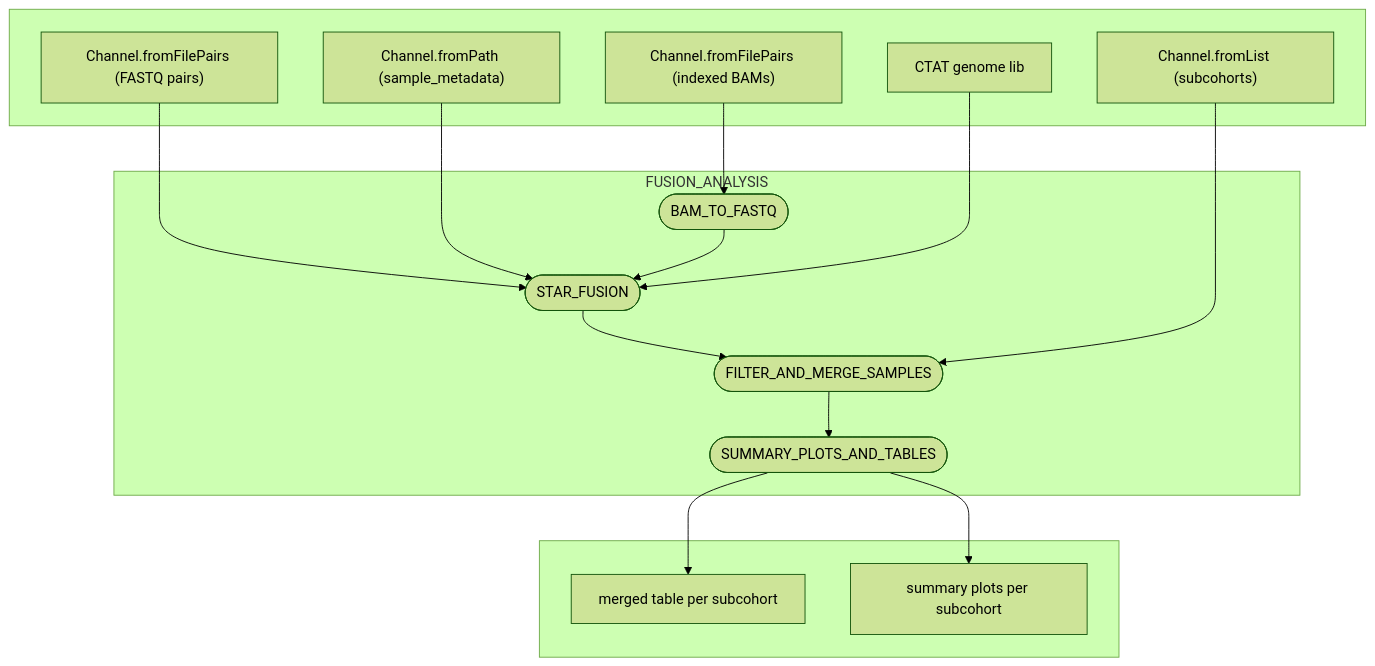
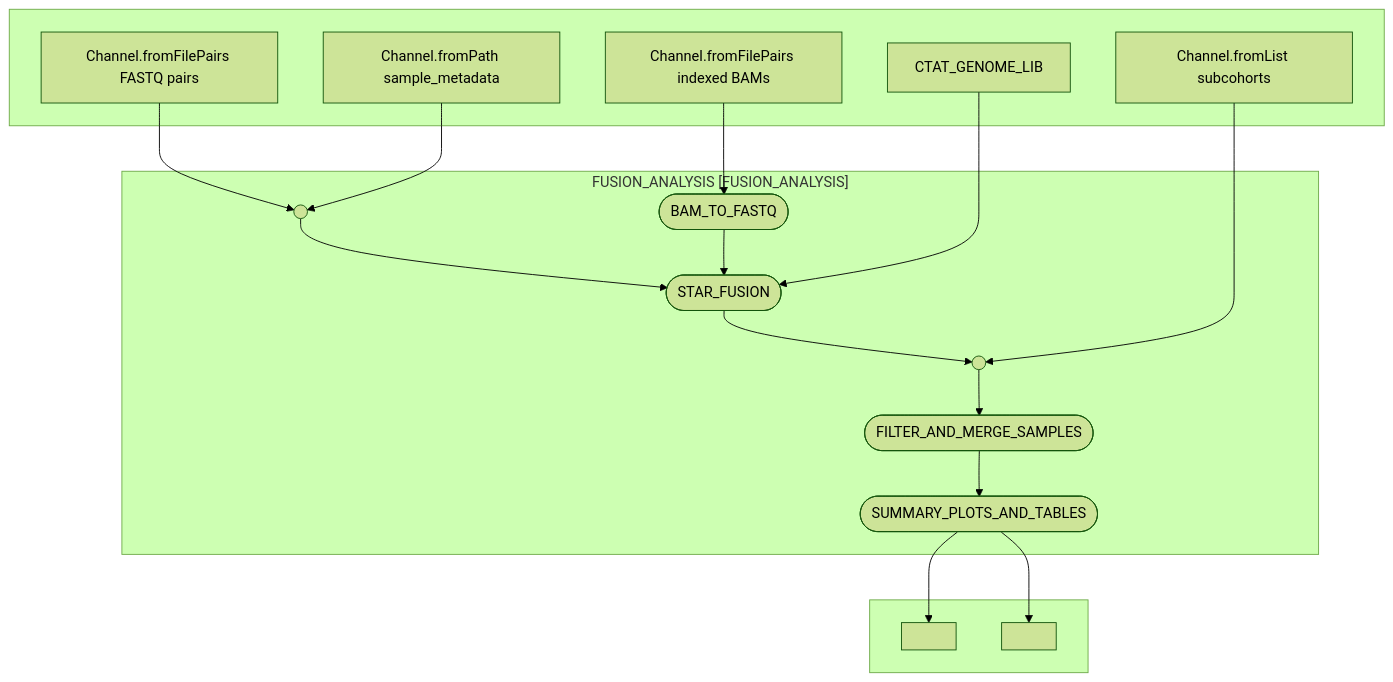
Before and after one commit to team113sanger/dermatlas_rnafusions_nf: the diagram in README.md, drawn with Mermaid (forest theme).

````diff
--- a/README.md
+++ b/README.md
@@ -85,30 +85,34 @@
 ```mermaid
 flowchart TB
-    subgraph inputs [" "]
-    v0["Channel.fromFilePairs (FASTQ pairs)"]
-    v2["Channel.fromPath (sample_metadata)"]
-    vb["Channel.fromFilePairs (indexed BAMs)"]
-    v7["CTAT genome lib"]
-    v12["Channel.fromList (subcohorts)"]
+    subgraph " "
+    v0["Channel.fromFilePairs FASTQ pairs"]
+    v2["Channel.fromPath sample_metadata"]
+    vb["Channel.fromFilePairs indexed BAMs"]
+    v7["CTAT_GENOME_LIB"]
+    v12["Channel.fromList subcohorts"]
     end
-    subgraph FUSION_ANALYSIS [FUSION_ANALYSIS]
+    subgraph "FUSION_ANALYSIS [FUSION_ANALYSIS]"
     vbf(["BAM_TO_FASTQ"])
     v8(["STAR_FUSION"])
     v18(["FILTER_AND_MERGE_SAMPLES"])
     v19(["SUMMARY_PLOTS_AND_TABLES"])
+    v1(( ))
+    v9(( ))
     end
-    subgraph outputs [" "]
-    v20["merged table per subcohort"]
-    v21["summary plots per subcohort"]
+    subgraph " "
+    v20[" "]
+    v21[" "]
     end
-    v0 --> v8
-    v2 --> v8
+    v0 --> v1
+    v2 --> v1
+    v1 --> v8
     vb --> vbf
     vbf --> v8
     v7 --> v8
-    v8 --> v18
-    v12 --> v18
+    v8 --> v9
+    v12 --> v9
+    v9 --> v18
     v18 --> v19
+    v19 --> v21
     v19 --> v20
-    v19 --> v21
 ```
````
